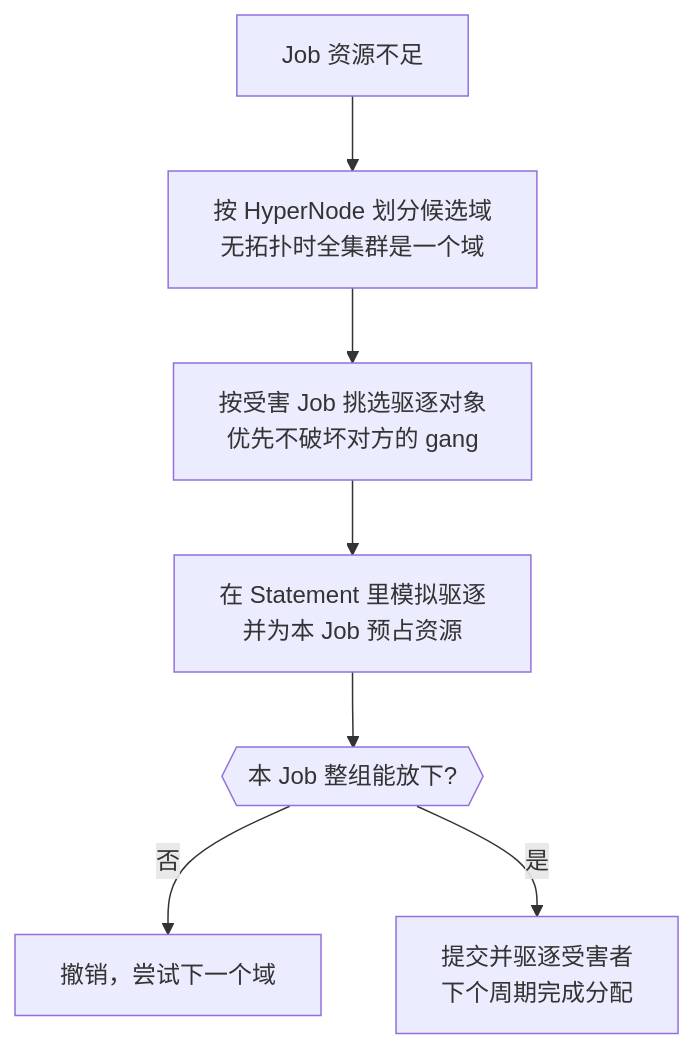
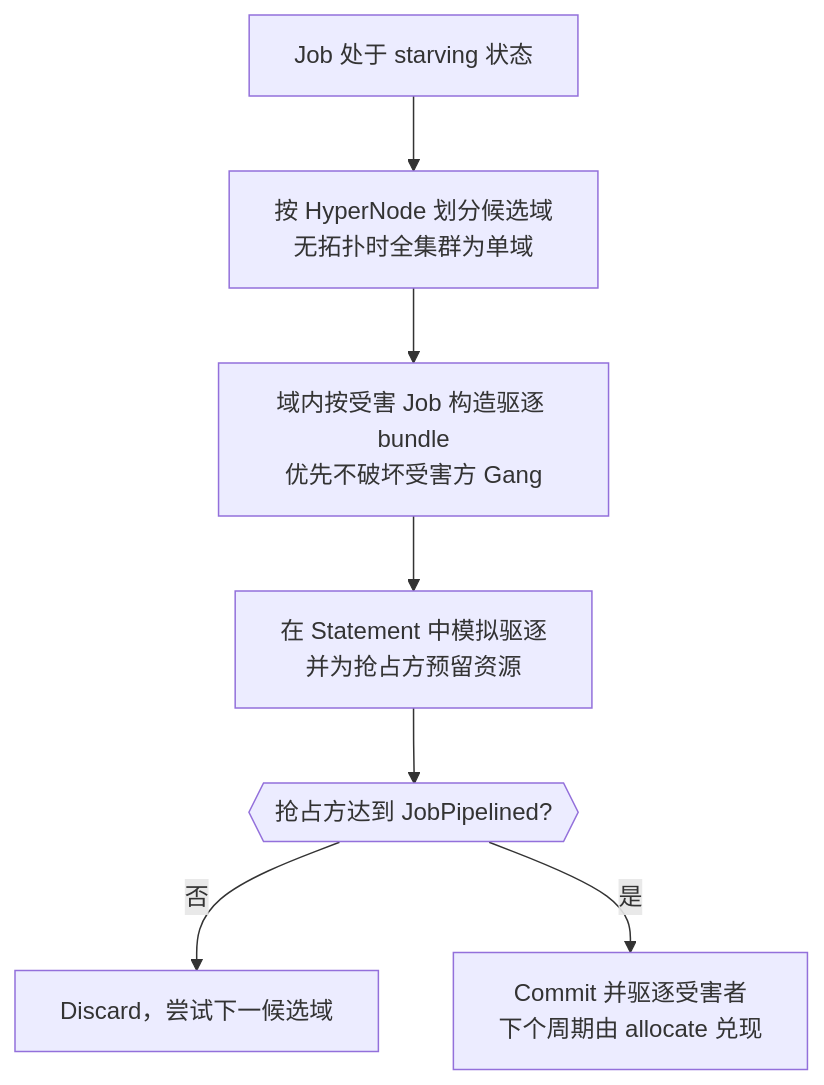
Before and after one commit to JesseStutler/volcano: the ninth of 11 diagrams in docs/research/k8s-workload-aware-scheduling-vs-volcano-cn.md, drawn with Mermaid. The commit also changed other lines of this file and 1 other file, not shown here.

````diff
--- a/docs/research/k8s-workload-aware-scheduling-vs-volcano-cn.md
+++ b/docs/research/k8s-workload-aware-scheduling-vs-volcano-cn.md
@@ -468,9 +387,9 @@
 ```mermaid
 flowchart TD
-    A["Job 资源不足"] --> B["按 HyperNode 划分候选域<br/>无拓扑时全集群是一个域"]
-    B --> C["按受害 Job 挑选驱逐对象<br/>优先不破坏对方的 gang"]
-    C --> D["在 Statement 里模拟驱逐<br/>并为本 Job 预占资源"]
-    D --> E{{"本 Job 整组能放下?"}}
-    E -- 否 --> F["撤销，尝试下一个域"]
-    E -- 是 --> G["提交并驱逐受害者<br/>下个周期完成分配"]
+    A["Job 处于 starving 状态"] --> B["按 HyperNode 划分候选域<br/>无拓扑时全集群为单域"]
+    B --> C["域内按受害 Job 构造驱逐 bundle<br/>优先不破坏受害方 Gang"]
+    C --> D["在 Statement 中模拟驱逐<br/>并为抢占方预留资源"]
+    D --> E{{"抢占方达到 JobPipelined?"}}
+    E -- 否 --> F["Discard，尝试下一候选域"]
+    E -- 是 --> G["Commit 并驱逐受害者<br/>下个周期由 allocate 兑现"]
 ```
````
